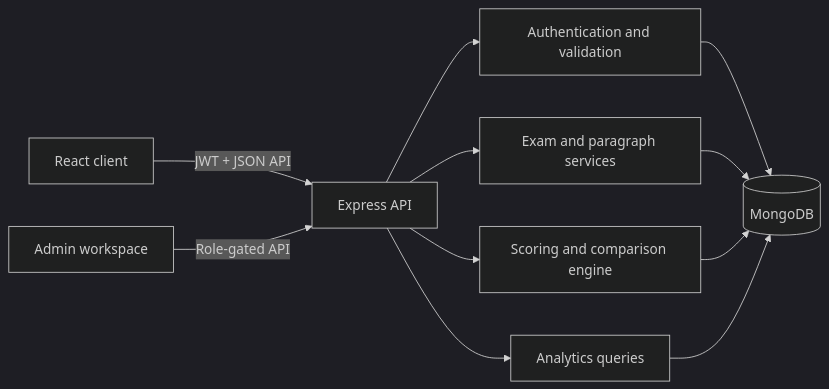
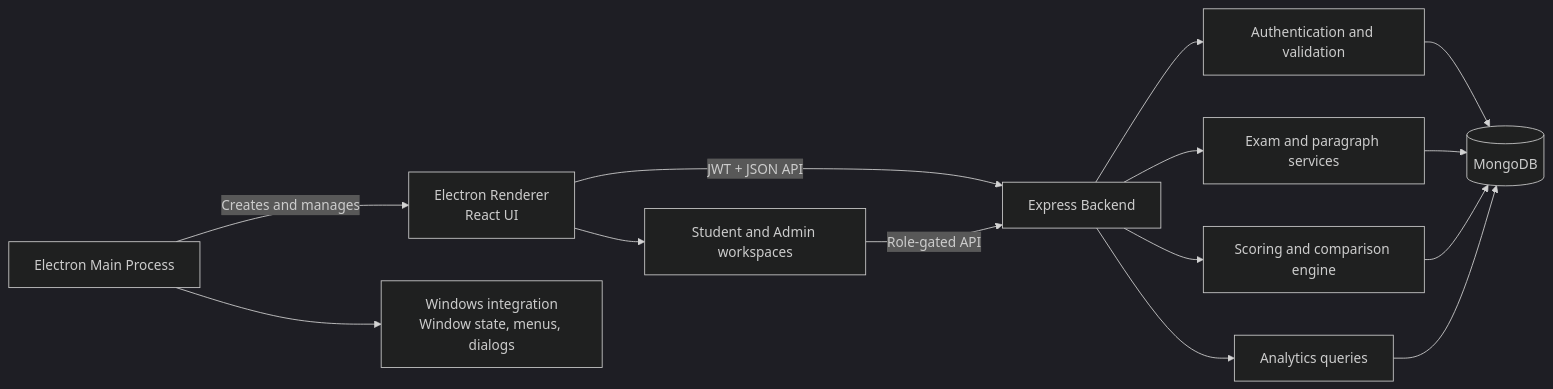
Before and after one commit to Anshul0563/Typing-Desktop: the diagram in README.md, drawn with Mermaid (dark theme). The commit also changed other lines of this file, not shown here.

````diff
--- a/README.md
+++ b/README.md
@@ -126,13 +142,16 @@
 ```mermaid
 flowchart LR
-    Browser[React client] -->|JWT + JSON API| API[Express API]
+    Main[Electron Main Process] -->|Creates and manages| Renderer[Electron Renderer<br/>React UI]
+    Main --> Native[Windows integration<br/>Window state, menus, dialogs]
+    Renderer -->|JWT + JSON API| API[Express Backend]
     API --> Auth[Authentication and validation]
     API --> Exams[Exam and paragraph services]
     API --> Scoring[Scoring and comparison engine]
     API --> Analytics[Analytics queries]
     Auth --> Mongo[(MongoDB)]
     Exams --> Mongo
     Scoring --> Mongo
     Analytics --> Mongo
-    Admin[Admin workspace] -->|Role-gated API| API
+    Renderer --> Admin[Student and Admin workspaces]
+    Admin -->|Role-gated API| API
 ```
````
